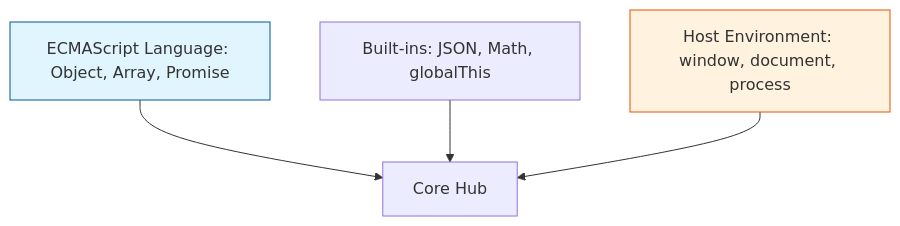
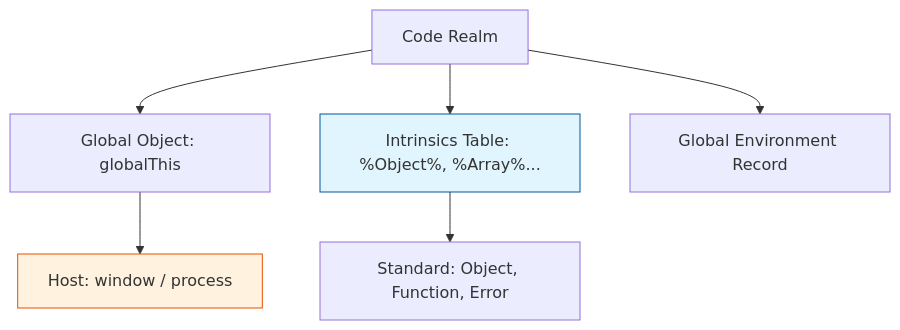
Before and after one commit to syahputrawork98-sketch/JavaScript-Learning-Hub: the diagram in RAK-04-core-specification/SR-01-spec-algorithm-conventions/BK-01_SpecFoundations/CH-02_BuiltInStructures/README.md, drawn with Mermaid. The commit also changed other lines of this file and 12 other files, not shown here.

````diff
--- a/RAK-04-core-specification/SR-01-spec-algorithm-conventions/BK-01_SpecFoundations/CH-02_BuiltInStructures/README.md
+++ b/RAK-04-core-specification/SR-01-spec-algorithm-conventions/BK-01_SpecFoundations/CH-02_BuiltInStructures/README.md
@@ -25,9 +24,12 @@
 ```mermaid
 graph TD
-    Level1[ECMAScript Language: Object, Array, Promise] --> Hub[Core Hub]
-    Level2[Built-ins: JSON, Math, globalThis] --> Hub
-    Level3[Host Environment: window, document, process] --> Hub
+    Realm[Code Realm] --> GlobalObj[Global Object: globalThis]
+    Realm --> Intrinsics[Intrinsics Table: %Object%, %Array%...]
+    Realm --> Env[Global Environment Record]
     
-    style Level1 fill:#e1f5fe,stroke:#01579b
-    style Level3 fill:#fff3e0,stroke:#e65100
+    GlobalObj --> HostProperty[Host: window / process]
+    Intrinsics --> Standard[Standard: Object, Function, Error]
+    
+    style Intrinsics fill:#e1f5fe,stroke:#01579b
+    style HostProperty fill:#fff3e0,stroke:#e65100
 ```
````
